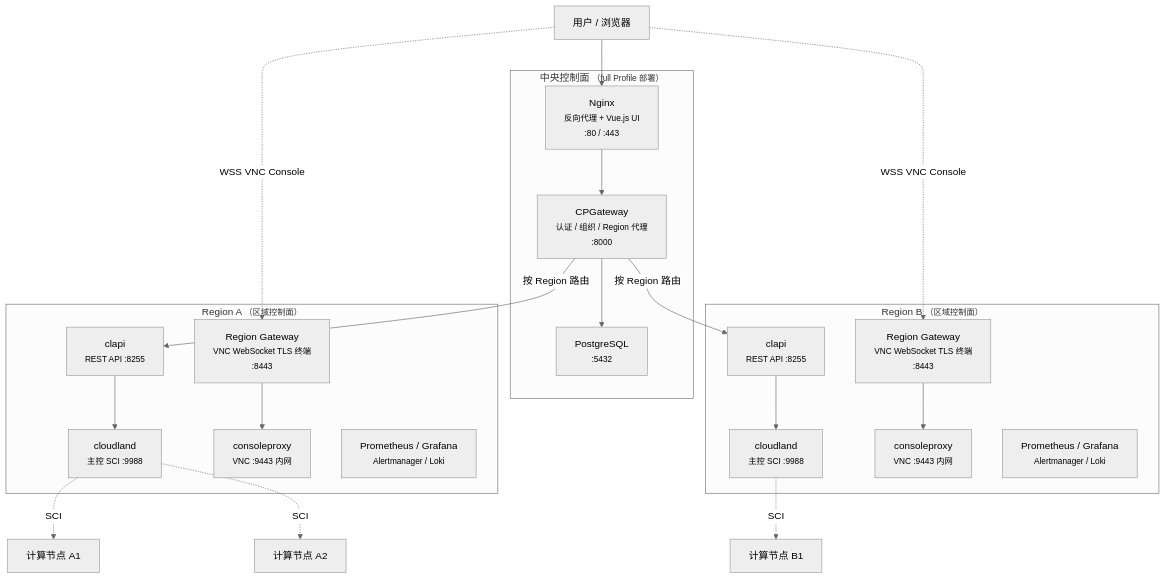
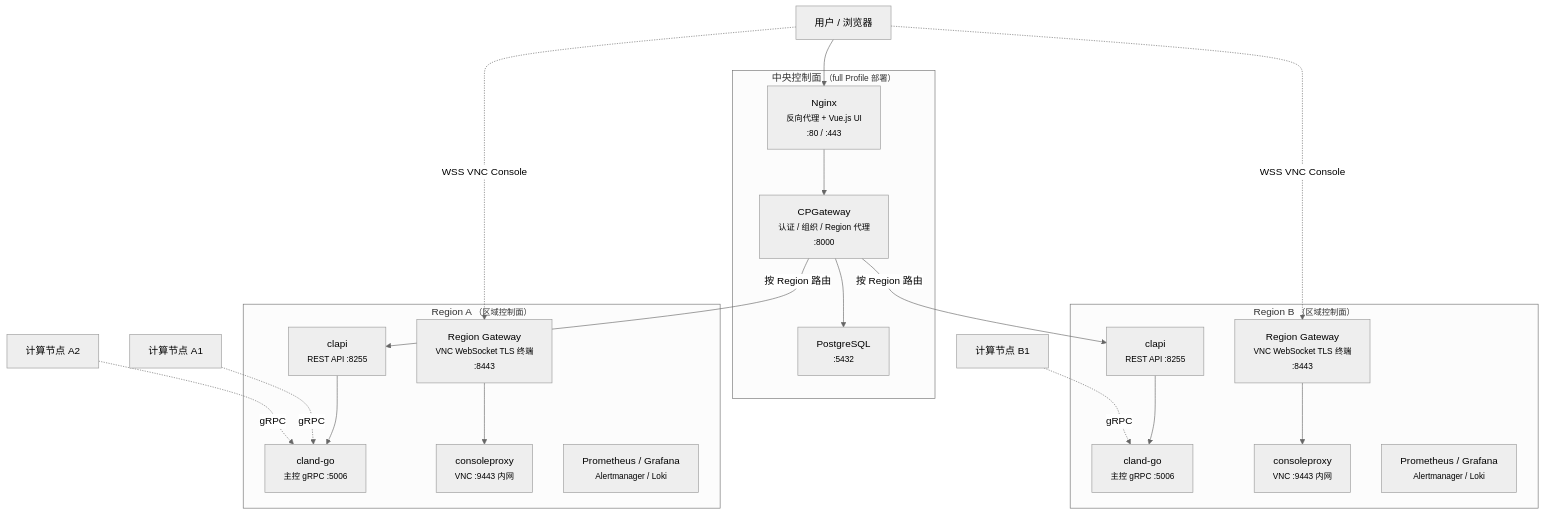
Before and after one commit to threen134/cloudland: the diagram in docs/deployment/index.md, drawn with Mermaid (neutral theme). The commit also changed 53 other files, not shown here.

First line of the commit message:
refactor: 去掉 SCI 命名——SCI_CLIENT_ID 改为 NODE_ID、[sci] 配置段改为 [cland]，文档改为 gRPC 5006

````diff
--- a/docs/deployment/index.md
+++ b/docs/deployment/index.md
@@ -46,41 +46,41 @@
 ```mermaid
 graph TB
     USER["用户 / 浏览器"]
 
     subgraph central["中央控制面 <small>（full Profile 部署）</small>"]
         NGINX["Nginx<br/><small>反向代理 + Vue.js UI</small><br/><small>:80 / :443</small>"]
         CPGW["CPGateway<br/><small>认证 / 组织 / Region 代理</small><br/><small>:8000</small>"]
         PG["PostgreSQL<br/><small>:5432</small>"]
     end
 
     subgraph regionA["Region A <small>（区域控制面）</small>"]
         RGW_A["Region Gateway<br/><small>VNC WebSocket TLS 终端</small><br/><small>:8443</small>"]
         CLAPI_A["clapi<br/><small>REST API :8255</small>"]
-        CLAND_A["cloudland<br/><small>主控 SCI :9988</small>"]
+        CLAND_A["cland-go<br/><small>主控 gRPC :5006</small>"]
         CONSOLE_A["consoleproxy<br/><small>VNC :9443 内网</small>"]
         MONITOR_A["Prometheus / Grafana<br/><small>Alertmanager / Loki</small>"]
     end
 
     subgraph regionB["Region B <small>（区域控制面）</small>"]
         RGW_B["Region Gateway<br/><small>VNC WebSocket TLS 终端</small><br/><small>:8443</small>"]
         CLAPI_B["clapi<br/><small>REST API :8255</small>"]
-        CLAND_B["cloudland<br/><small>主控 SCI :9988</small>"]
+        CLAND_B["cland-go<br/><small>主控 gRPC :5006</small>"]
         CONSOLE_B["consoleproxy<br/><small>VNC :9443 内网</small>"]
         MONITOR_B["Prometheus / Grafana<br/><small>Alertmanager / Loki</small>"]
     end
 
     USER --> NGINX
     NGINX --> CPGW
     CPGW --> PG
     CPGW -- "按 Region 路由" --> CLAPI_A
     CPGW -- "按 Region 路由" --> CLAPI_B
     USER -. "WSS VNC Console" .-> RGW_A
     USER -. "WSS VNC Console" .-> RGW_B
     RGW_A --> CONSOLE_A
     RGW_B --> CONSOLE_B
     CLAPI_A --> CLAND_A
     CLAPI_B --> CLAND_B
-    CLAND_A -. "SCI" .-> HY_A1["计算节点 A1"]
-    CLAND_A -. "SCI" .-> HY_A2["计算节点 A2"]
-    CLAND_B -. "SCI" .-> HY_B1["计算节点 B1"]
+    HY_A1["计算节点 A1"] -. "gRPC" .-> CLAND_A
+    HY_A2["计算节点 A2"] -. "gRPC" .-> CLAND_A
+    HY_B1["计算节点 B1"] -. "gRPC" .-> CLAND_B
 ```
````
